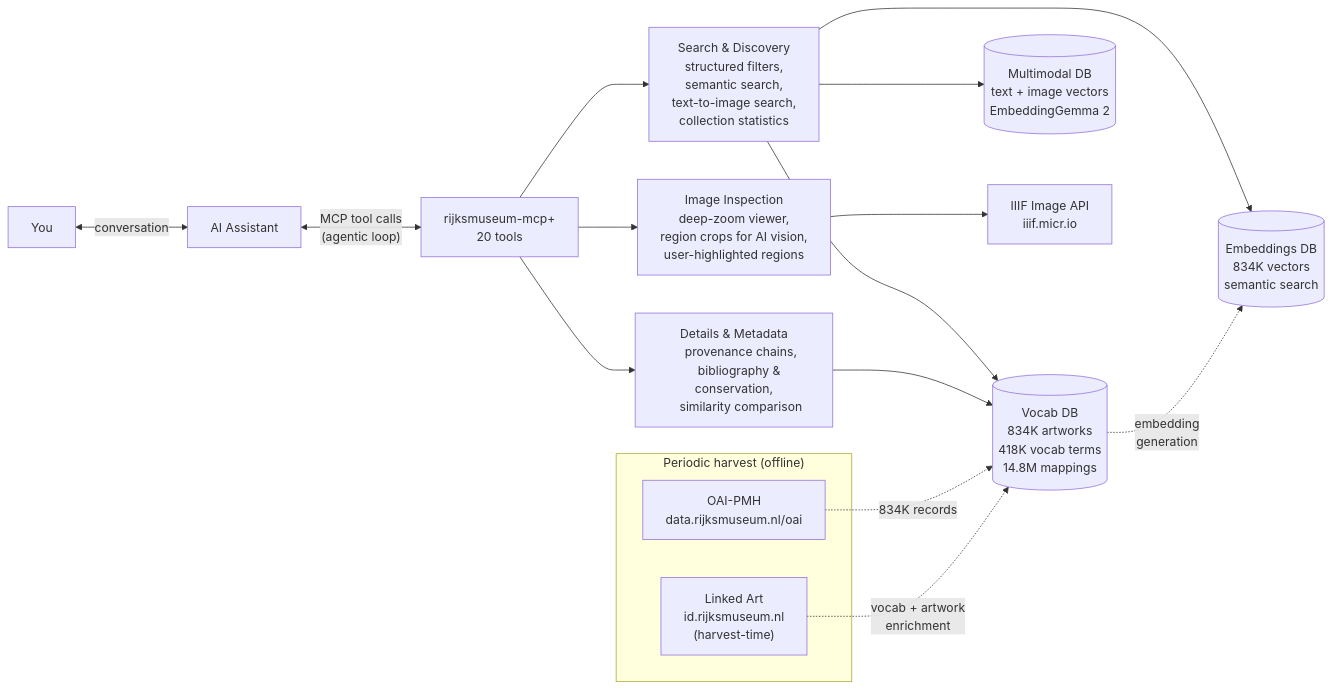
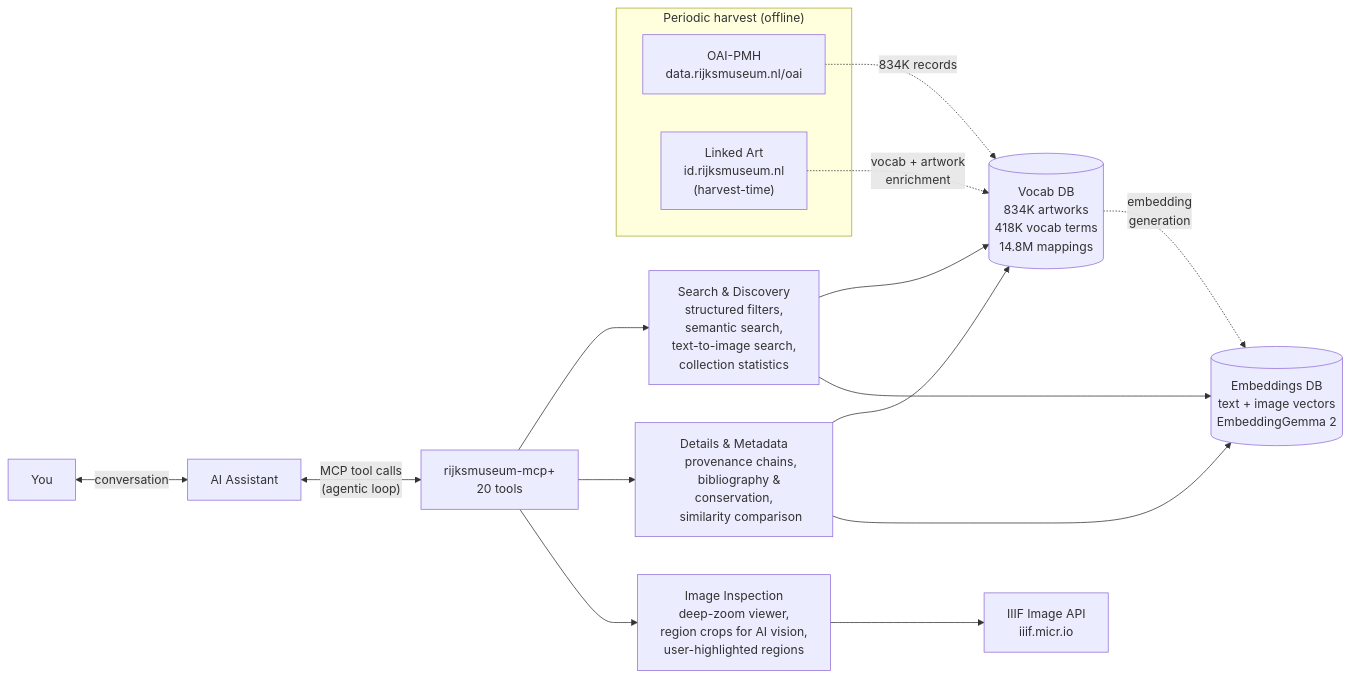
One commit to kintopp/rijksmuseum-mcp-plus changed the diagram in README.md. Above: the diagram before and after it, drawn with Mermaid.

Commit message:
Drop the retired embeddings DB from the README diagram

````diff
--- a/README.md
+++ b/README.md
@@ -61,51 +61,49 @@
 ```mermaid
 flowchart LR
     User["You"] <-->|conversation| AI["AI Assistant"]
 
     AI <-->|"MCP tool calls
     (agentic loop)"| Server["rijksmuseum-mcp+
     20 tools"]
 
     Server --> Search["Search & Discovery
     structured filters,
     semantic search,
     text-to-image search,
     collection statistics"]
 
     Server --> Details["Details & Metadata
     provenance chains,
     bibliography & conservation,
     similarity comparison"]
 
     Server --> Images["Image Inspection
     deep-zoom viewer,
     region crops for AI vision,
     user-highlighted regions"]
 
     Search --> VocabDB[("Vocab DB
     834K artworks
     418K vocab terms
     14.8M mappings")]
-    Search --> EmbeddingsDB[("Embeddings DB
-    834K vectors
-    semantic search")]
-    Search --> GemmaDB[("Multimodal DB
+    Search --> GemmaDB[("Embeddings DB
     text + image vectors
     EmbeddingGemma 2")]
     Details --> VocabDB
+    Details --> GemmaDB
     Images --> IIIF["IIIF Image API
     iiif.micr.io"]
 
     subgraph Harvest ["Periodic harvest (offline)"]
         OAI["OAI-PMH
         data.rijksmuseum.nl/oai"]
         LA["Linked Art
         id.rijksmuseum.nl
         (harvest-time)"]
     end
     OAI -.->|"834K records"| VocabDB
     LA -.->|"vocab + artwork
     enrichment"| VocabDB
     VocabDB -.->|"embedding
-    generation"| EmbeddingsDB
+    generation"| GemmaDB
 ```
````
